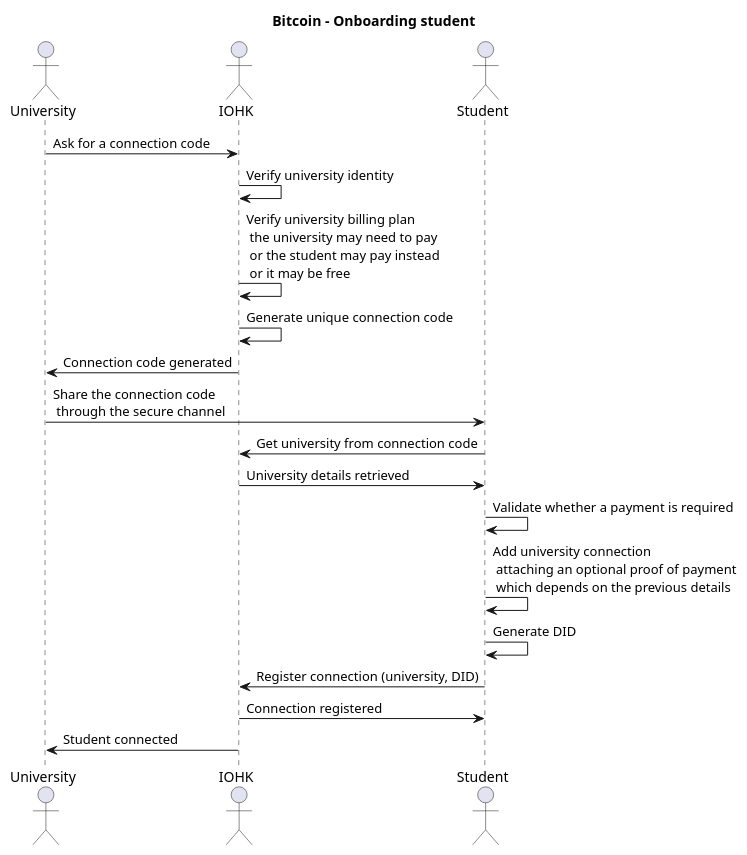
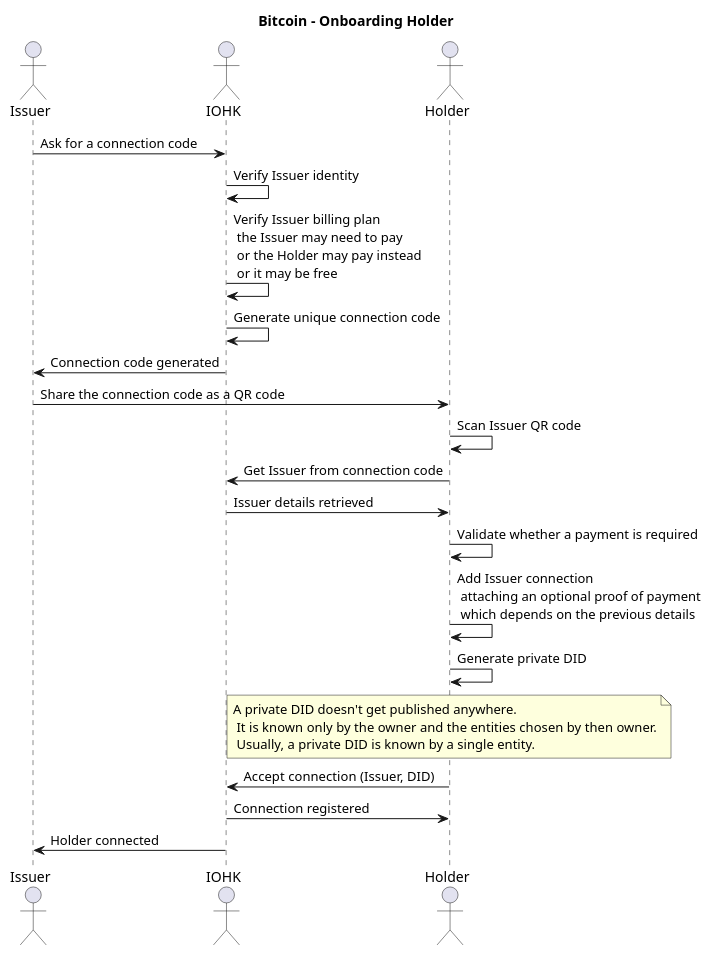
The diagram in credentials-verification/docs/bitcoin/diagrams/onboarding.puml (input-output-hk/atala-prism), drawn with PlantUML before and after one commit. The commit also changed 14 other files, not shown here.

```diff
--- a/credentials-verification/docs/bitcoin/diagrams/onboarding.puml
+++ b/credentials-verification/docs/bitcoin/diagrams/onboarding.puml
@@ -1,24 +1,26 @@
 @startuml
-title Bitcoin - Onboarding student
+title Bitcoin - Onboarding Holder
 
-actor University
+actor Issuer
 actor IOHK
-actor Student
+actor Holder
 
-University -> IOHK : Ask for a connection code
-IOHK -> IOHK : Verify university identity
-IOHK -> IOHK : Verify university billing plan\n the university may need to pay\n or the student may pay instead \n or it may be free
+Issuer -> IOHK : Ask for a connection code
+IOHK -> IOHK : Verify Issuer identity
+IOHK -> IOHK : Verify Issuer billing plan\n the Issuer may need to pay\n or the Holder may pay instead \n or it may be free
 IOHK -> IOHK : Generate unique connection code
-IOHK -> University : Connection code generated
+IOHK -> Issuer : Connection code generated
 
-University -> Student : Share the connection code\n through the secure channel
-Student -> IOHK : Get university from connection code
-IOHK -> Student : University details retrieved
-Student -> Student : Validate whether a payment is required
-Student -> Student : Add university connection\n attaching an optional proof of payment\n which depends on the previous details
+Issuer -> Holder : Share the connection code as a QR code
+Holder -> Holder : Scan Issuer QR code
+Holder -> IOHK : Get Issuer from connection code
+IOHK -> Holder : Issuer details retrieved
+Holder -> Holder : Validate whether a payment is required
+Holder -> Holder : Add Issuer connection\n attaching an optional proof of payment\n which depends on the previous details
 
-Student -> Student : Generate DID
-Student -> IOHK : Register connection (university, DID)
-IOHK -> Student : Connection registered
-IOHK -> University : Student connected
+Holder -> Holder : Generate private DID
+note over Holder : A private DID doesn't get published anywhere.\n It is known only by the owner and the entities chosen by then owner.\n Usually, a private DID is known by a single entity.
+Holder -> IOHK : Accept connection (Issuer, DID)
+IOHK -> Holder : Connection registered
+IOHK -> Issuer : Holder connected
 @enduml
```
